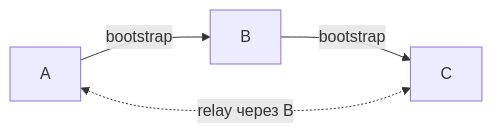
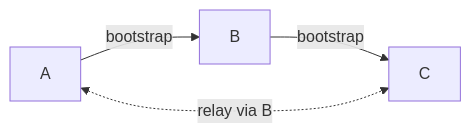
Before and after one commit to PixelQuasar/antenna: the fourth of 6 diagrams in docs/protocol.md, drawn with Mermaid. The commit also changed other lines of this file and 31 other files, not shown here.

````diff
--- a/docs/protocol.md
+++ b/docs/protocol.md
@@ -319,7 +319,7 @@
 ```mermaid
 flowchart LR
 
 A -- bootstrap --> B
 B -- bootstrap --> C
-A <-. relay через B .-> C
+A <-. relay via B .-> C
 ```
````
